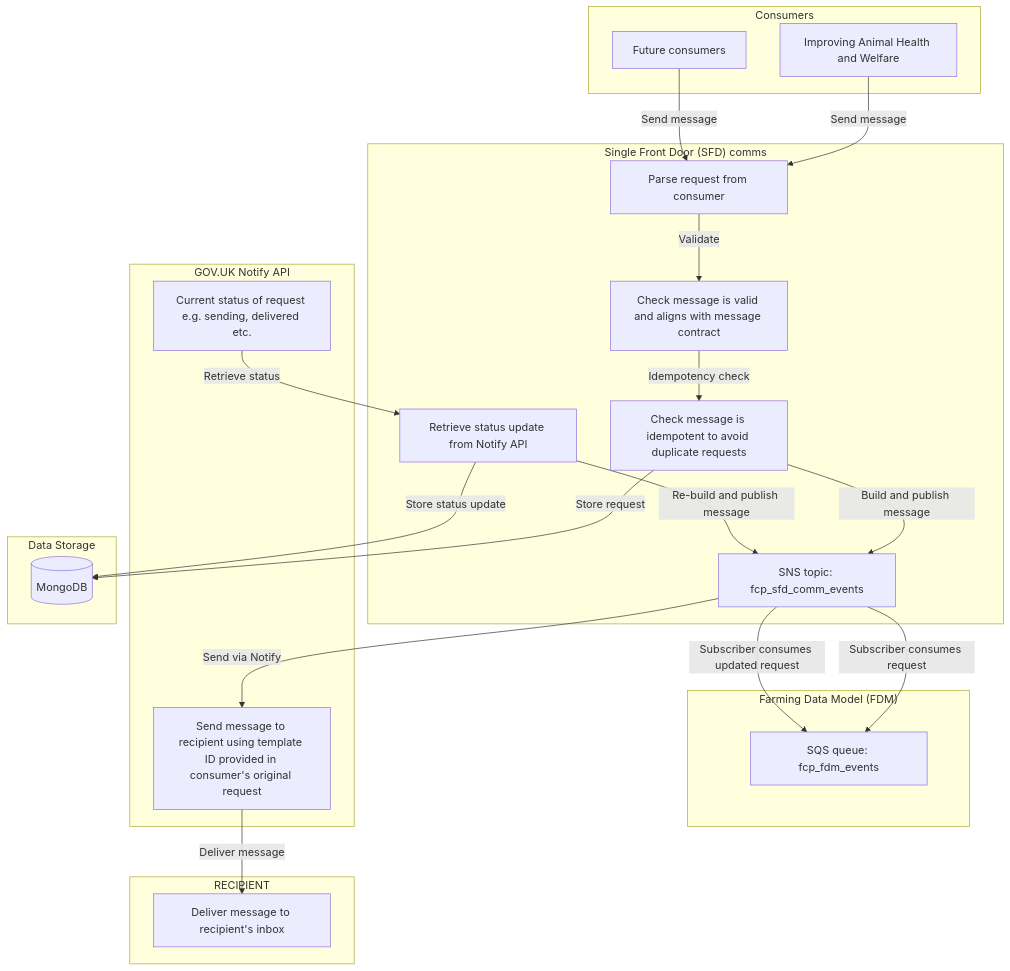
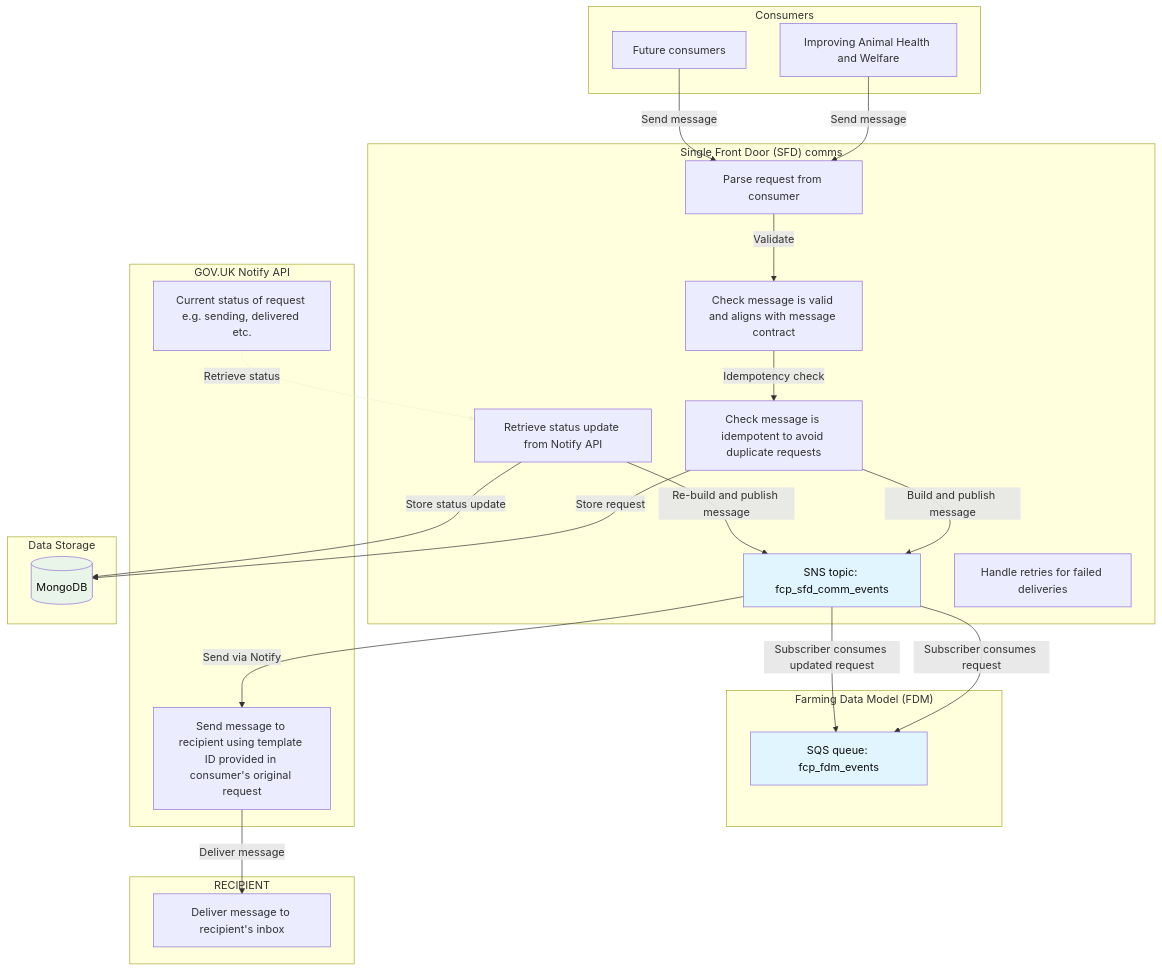
Before and after one commit to DEFRA/fcp-sfd-comms: the first of 2 diagrams in README.md, drawn with Mermaid. The commit also changed other lines of this file, not shown here.

Commit message:
finalise diagrams

````diff
--- a/README.md
+++ b/README.md
@@ -14,46 +14,53 @@
 ```mermaid
-graph
+graph TB
     subgraph "Consumers"
         IAHW[Improving Animal Health and Welfare]
         FUTURE[Future consumers]
     end
     
     subgraph "Single Front Door (SFD) comms"
         PARSE[Parse request from consumer]
         VALIDATION[Check message is valid and aligns with message contract]
         IDEMPOTENCY_CHECK[Check message is idempotent to avoid duplicate requests]
         SNS[SNS topic: fcp_sfd_comm_events]
         UPDATE[Retrieve status update from Notify API]
+        RETRY[Handle retries for failed deliveries]
     end
 
     subgraph "Farming Data Model (FDM)"
         SQS[SQS queue: fcp_fdm_events]
     end
 
     subgraph "GOV.UK Notify API"
         NOTIFY[Send message to recipient using template ID provided in consumer's original request]
         STATUS[Current status of request e.g. sending, delivered etc.]
     end
 
     subgraph "Data Storage"
         MONGO[(MongoDB)]
     end
 
     subgraph "RECIPIENT"
         DELIVERY[Deliver message to recipient's inbox]
     end
     
     IAHW -->|Send message| PARSE
     FUTURE -->|Send message| PARSE
-    PARSE --> |Validate| VALIDATION
+    PARSE -->|Validate| VALIDATION
     VALIDATION -->|Idempotency check| IDEMPOTENCY_CHECK
     IDEMPOTENCY_CHECK -->|Build and publish message| SNS
     IDEMPOTENCY_CHECK -->|Store request| MONGO
-    SNS -->|Subscriber consumes request|SQS
+    SNS -->|Subscriber consumes request| SQS
     SNS -->|Send via Notify| NOTIFY
     NOTIFY -->|Deliver message| DELIVERY
     STATUS -->|Retrieve status| UPDATE
     UPDATE -->|Re-build and publish message| SNS
     UPDATE -->|Store status update| MONGO
-    SNS -->|Subscriber consumes updated request|SQS
+    SNS -->|Subscriber consumes updated request| SQS
+
+    linkStyle 9 stroke:#eff5d3
+
+    style MONGO fill:#e8f5e8,color:#0E0E0E
+    style SNS fill:#e1f5fe,color:#0E0E0E
+    style SQS fill:#e1f5fe,color:#0E0E0E
 ```
````
